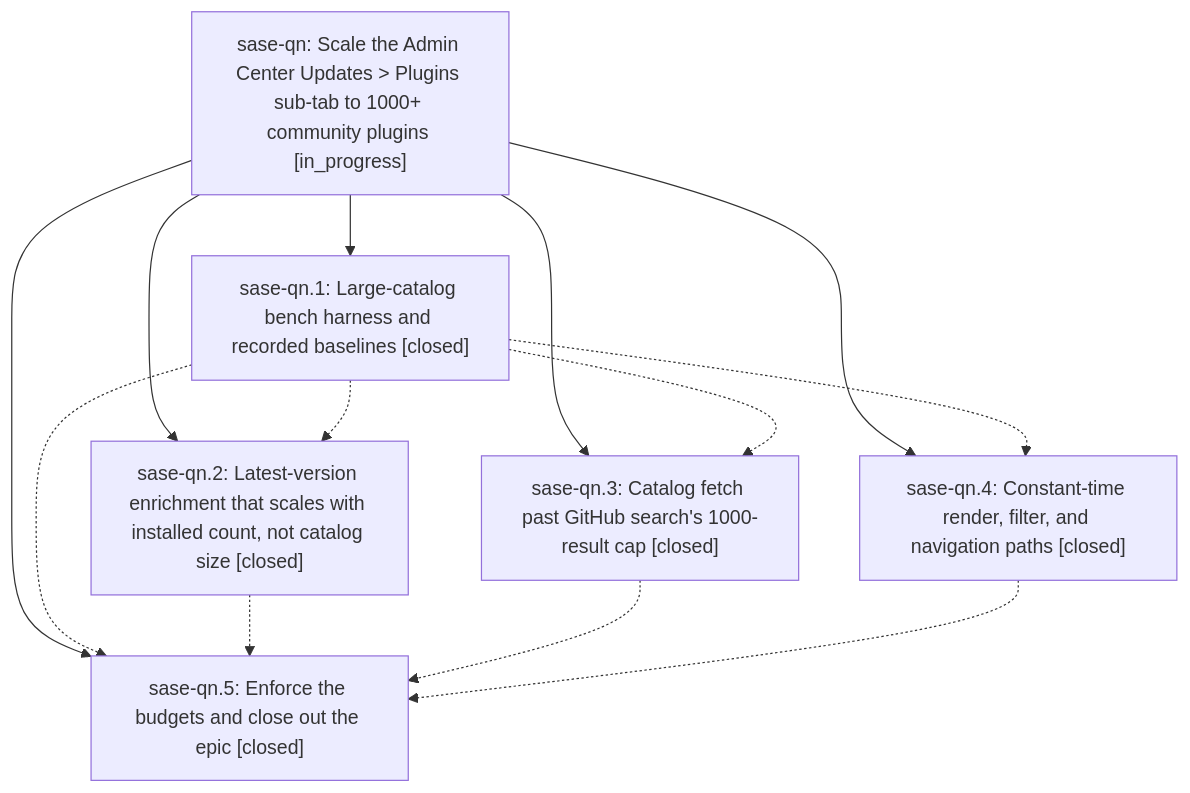
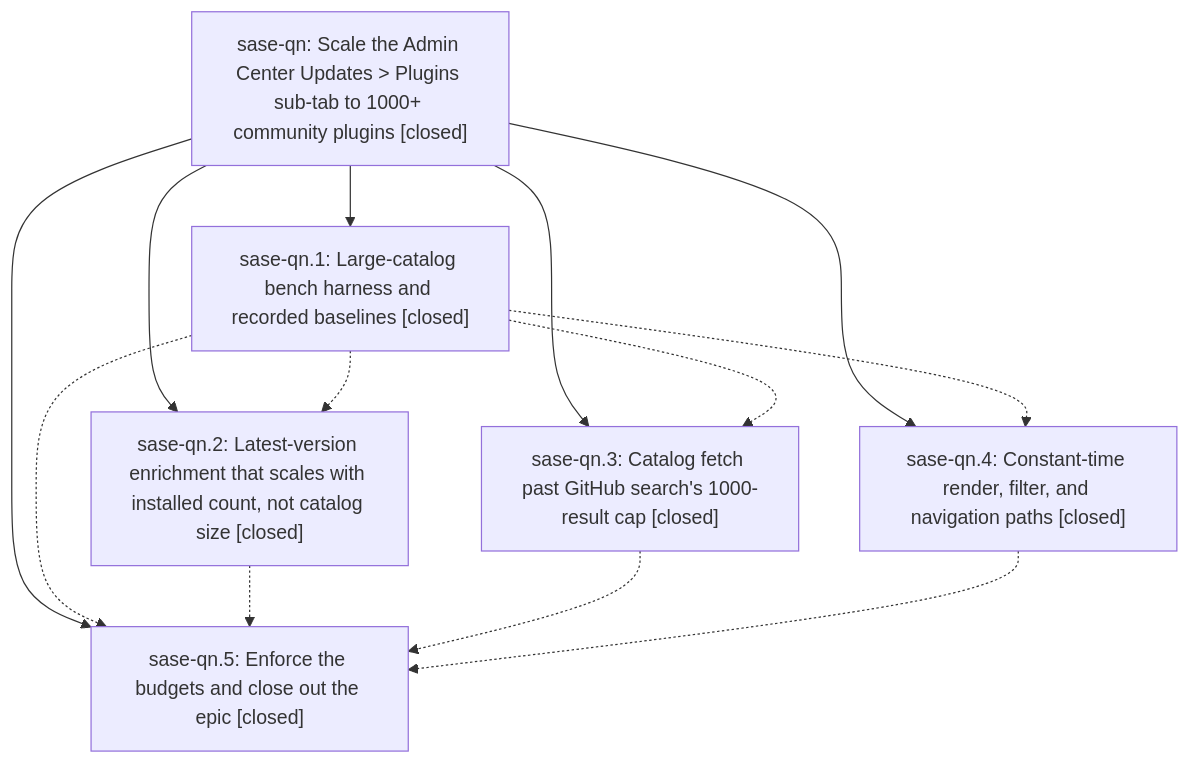
Before and after one commit to sase-org/sase--beads: the diagram in pages/sase-qn/README.md, drawn with Mermaid. The commit also changed other lines of this file, not shown here.

First line of the commit message:
chore(beads): sync bead state and pages for sase-qn

````diff
--- a/pages/sase-qn/README.md
+++ b/pages/sase-qn/README.md
@@ -36,21 +48,21 @@
 ```mermaid
 flowchart TD
-    n0["sase-qn: Scale the Admin Center Updates &gt; Plugins sub-tab to 1000+ community plugins [in_progress]"]
+    n0["sase-qn: Scale the Admin Center Updates &gt; Plugins sub-tab to 1000+ community plugins [closed]"]
     n1["sase-qn.1: Large-catalog bench harness and recorded baselines [closed]"]
     n2["sase-qn.2: Latest-version enrichment that scales with installed count, not catalog size [closed]"]
     n3["sase-qn.3: Catalog fetch past GitHub search's 1000-result cap [closed]"]
     n4["sase-qn.4: Constant-time render, filter, and navigation paths [closed]"]
     n5["sase-qn.5: Enforce the budgets and close out the epic [closed]"]
     n0 --> n1
     n0 --> n2
     n0 --> n3
     n0 --> n4
     n0 --> n5
     n1 -.-> n2
     n1 -.-> n3
     n1 -.-> n4
     n1 -.-> n5
     n2 -.-> n5
     n3 -.-> n5
     n4 -.-> n5
 ```
````
